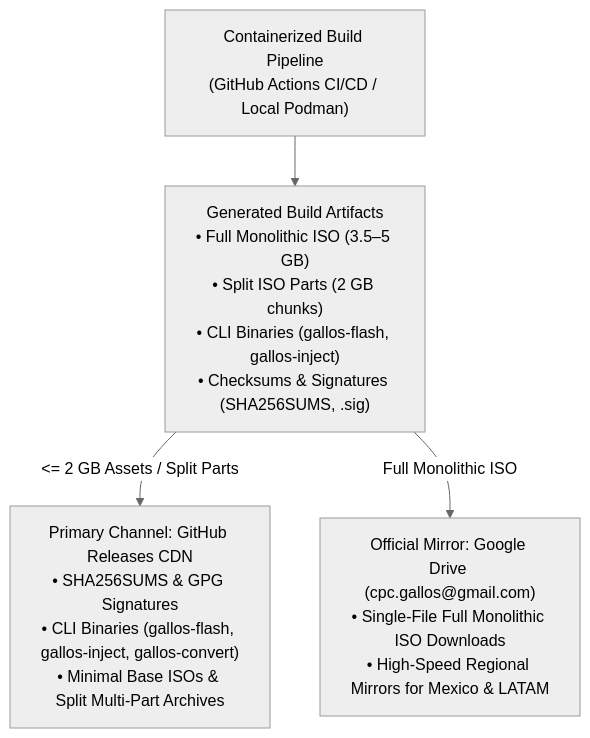
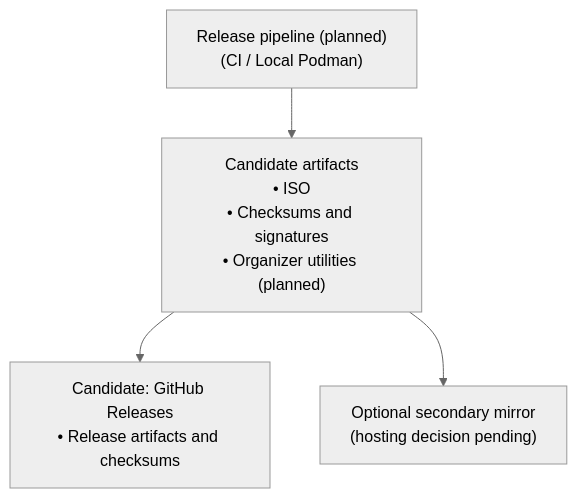
One commit to CPC-GALLOS/GallosOS changed the second of 2 diagrams in docs/BUILD_SYSTEM.md. Above: the diagram before and after it, drawn with Mermaid (neutral theme). The commit also changed other lines of this file and 20 other files, not shown here.

````diff
--- a/docs/BUILD_SYSTEM.md
+++ b/docs/BUILD_SYSTEM.md
@@ -302,7 +306,7 @@
 ```mermaid
 flowchart TD
-    BuildPipeline["Containerized Build Pipeline<br>(GitHub Actions CI/CD / Local Podman)"] --> Artifacts["Generated Build Artifacts<br>• Full Monolithic ISO (3.5–5 GB)<br>• Split ISO Parts (2 GB chunks)<br>• CLI Binaries (gallos-flash, gallos-inject)<br>• Checksums & Signatures (SHA256SUMS, .sig)"]
+    BuildPipeline["Release pipeline (planned)<br>(CI / Local Podman)"] --> Artifacts["Candidate artifacts<br>• ISO<br>• Checksums and signatures<br>• Organizer utilities (planned)"]
 
-    Artifacts -->|<= 2 GB Assets / Split Parts| GH_Releases["Primary Channel: GitHub Releases CDN<br>• SHA256SUMS & GPG Signatures<br>• CLI Binaries (gallos-flash, gallos-inject, gallos-convert)<br>• Minimal Base ISOs & Split Multi-Part Archives"]
-    Artifacts -->|Full Monolithic ISO| GDrive_Mirror["Official Mirror: Google Drive (cpc.gallos@gmail.com)<br>• Single-File Full Monolithic ISO Downloads<br>• High-Speed Regional Mirrors for Mexico & LATAM"]
+    Artifacts --> GH_Releases["Candidate: GitHub Releases<br>• Release artifacts and checksums"]
+    Artifacts --> GDrive_Mirror["Optional secondary mirror<br>(hosting decision pending)"]
 ```
````
